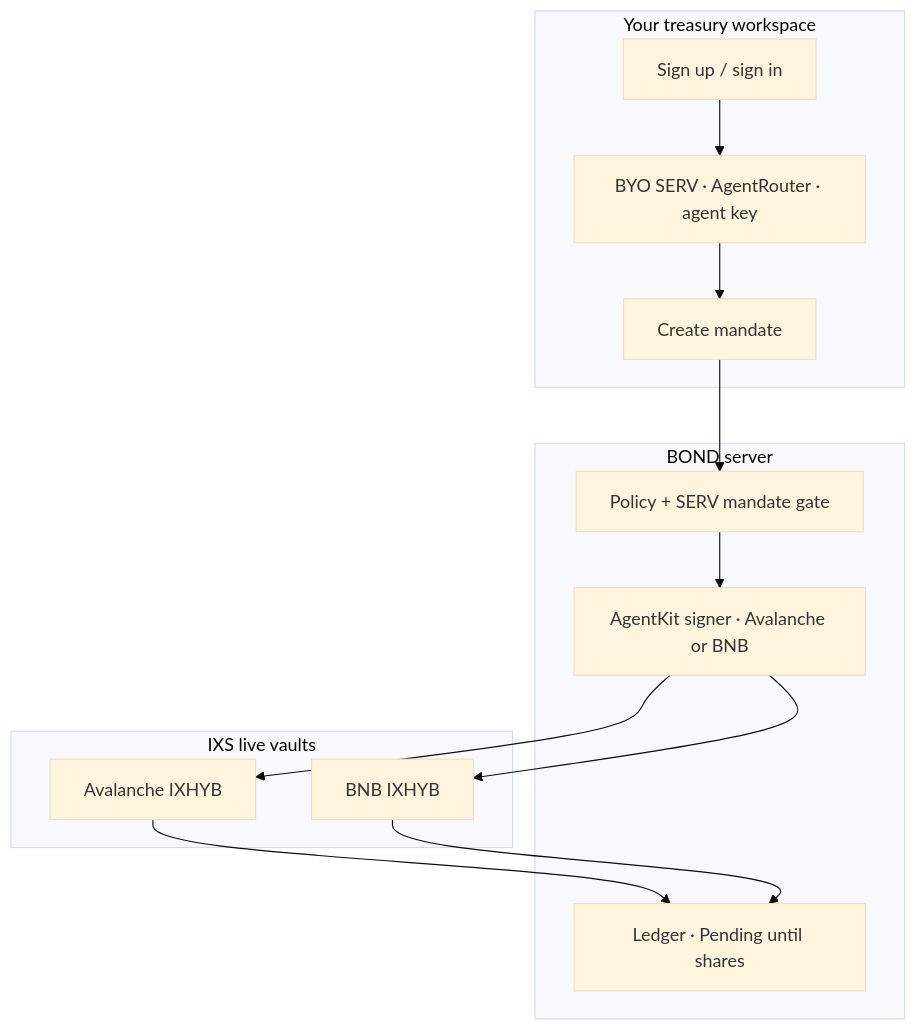
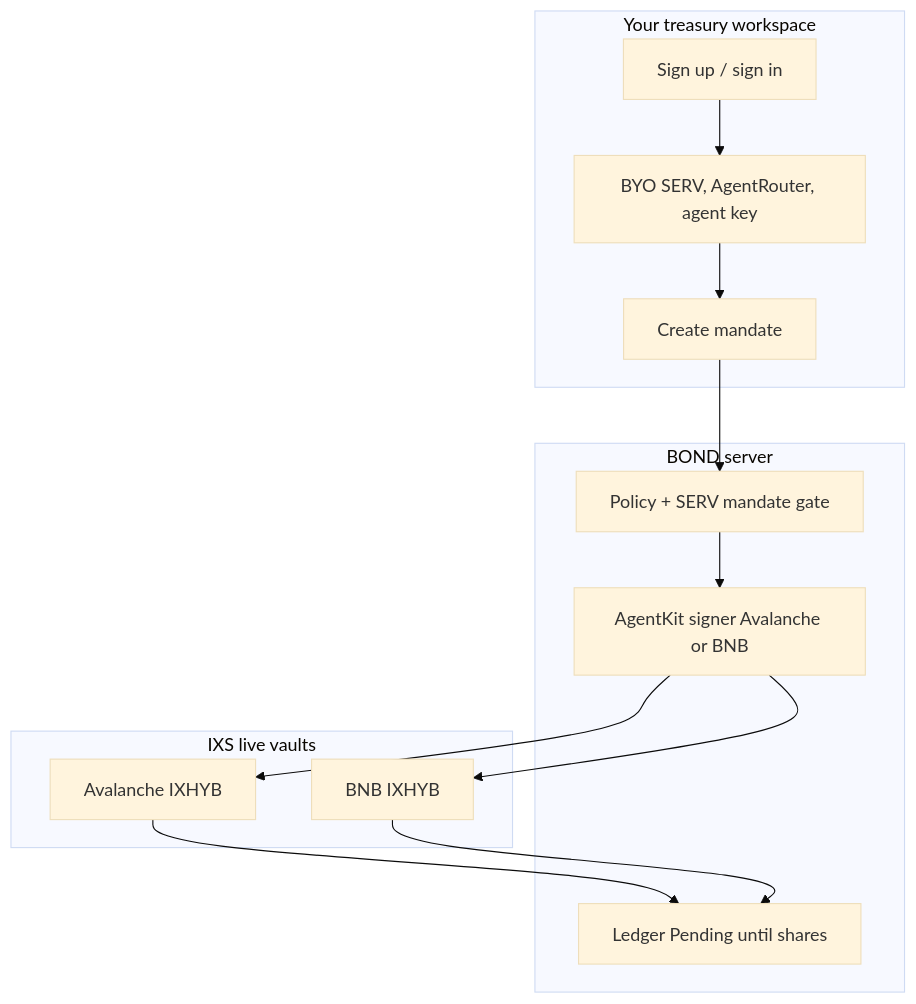
Before and after one commit to henrysammarfo/bond: the first of 4 diagrams in README.md, drawn with Mermaid (base theme). The commit also changed other lines of this file and 11 other files, not shown here.

First line of the commit message:
docs: brand logos + GitHub-safe mermaid on README and MDs

````diff
--- a/README.md
+++ b/README.md
@@ -48,22 +56,22 @@
 ```mermaid
 flowchart TB
   subgraph You["Your treasury workspace"]
-    Reg[Sign up / sign in]
-    Keys[BYO SERV · AgentRouter · agent key]
-    Mand[Create mandate]
+    Reg["Sign up / sign in"]
+    Keys["BYO SERV, AgentRouter, agent key"]
+    Mand["Create mandate"]
   end
-  subgraph BOND["BOND server"]
-    Gate[Policy + SERV mandate gate]
-    Sign[AgentKit signer · Avalanche or BNB]
-    Books[Ledger · Pending until shares]
+  subgraph Desk["BOND server"]
+    Gate["Policy + SERV mandate gate"]
+    Sign["AgentKit signer Avalanche or BNB"]
+    Books["Ledger Pending until shares"]
   end
-  subgraph IXS["IXS live vaults"]
-    Ava[Avalanche IXHYB]
-    Bnb[BNB IXHYB]
+  subgraph Vaults["IXS live vaults"]
+    Ava["Avalanche IXHYB"]
+    Bnb["BNB IXHYB"]
   end
   Reg --> Keys --> Mand --> Gate --> Sign
   Sign --> Ava
   Sign --> Bnb
   Ava --> Books
   Bnb --> Books
 ```
````
